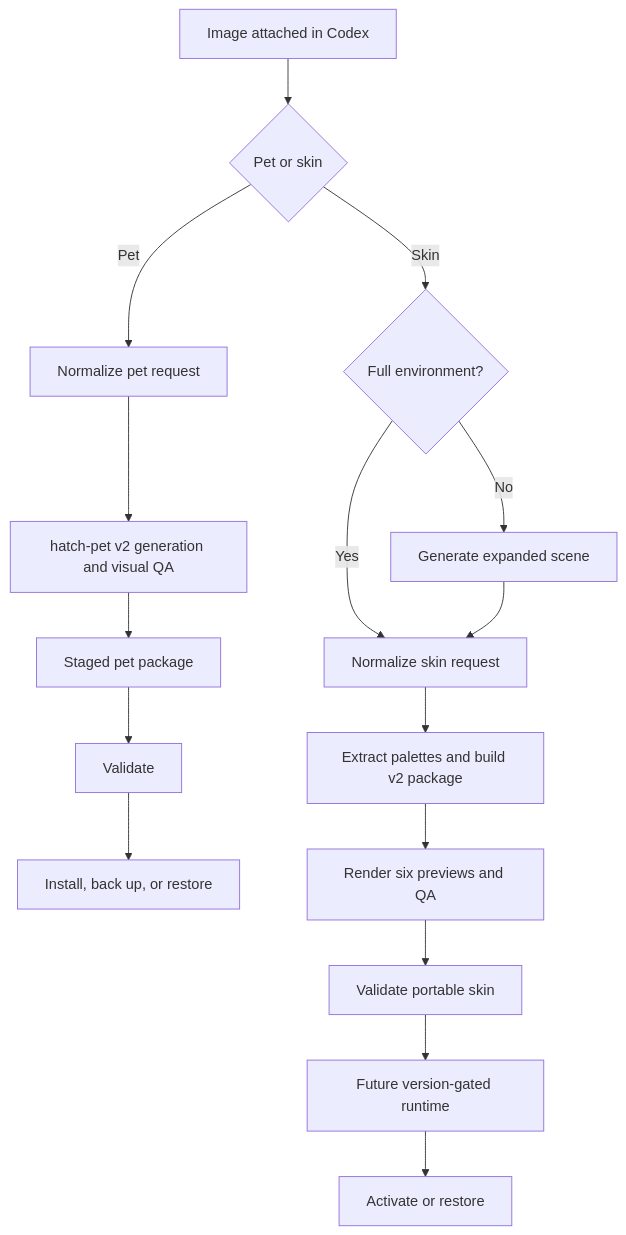
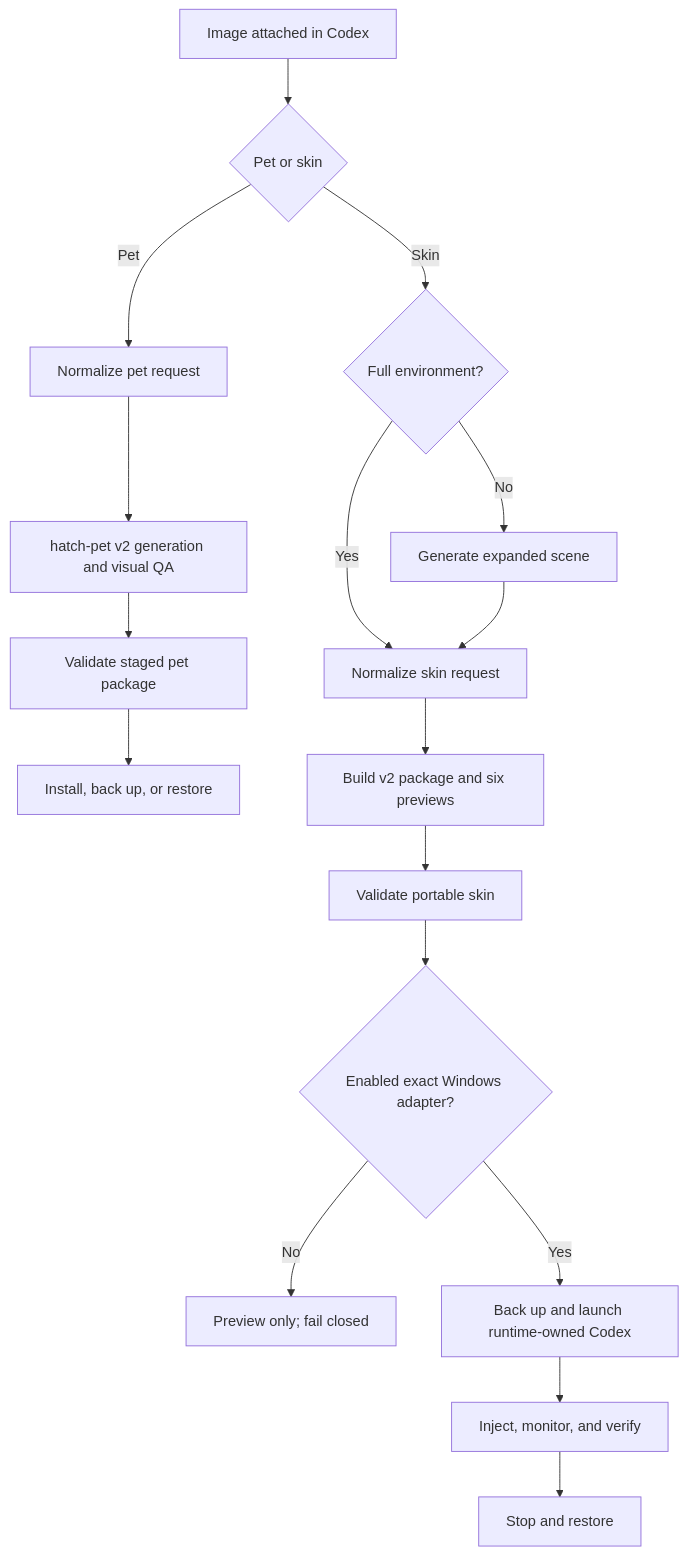
One commit to chromapaw/codex-chromapaw changed the diagram in docs/ARCHITECTURE.md. Above: the diagram before and after it, drawn with Mermaid. The commit also changed other lines of this file and 19 other files, not shown here.

Commit message:
feat: add reversible Windows skin runtime

````diff
--- a/docs/ARCHITECTURE.md
+++ b/docs/ARCHITECTURE.md
@@ -5,18 +5,19 @@
 ```mermaid
 flowchart TD
     A["Image attached in Codex"] --> B{"Pet or skin"}
     B -->|"Pet"| C["Normalize pet request"]
     C --> D["hatch-pet v2 generation and visual QA"]
-    D --> E["Staged pet package"]
-    E --> F["Validate"]
-    F --> G["Install, back up, or restore"]
-    B -->|"Skin"| H{"Full environment?"}
-    H -->|"No"| I["Generate expanded scene"]
-    H -->|"Yes"| J["Normalize skin request"]
-    I --> J
-    J --> K["Extract palettes and build v2 package"]
-    K --> L["Render six previews and QA"]
-    L --> M["Validate portable skin"]
-    M --> N["Future version-gated runtime"]
-    N --> O["Activate or restore"]
+    D --> E["Validate staged pet package"]
+    E --> F["Install, back up, or restore"]
+    B -->|"Skin"| G{"Full environment?"}
+    G -->|"No"| H["Generate expanded scene"]
+    G -->|"Yes"| I["Normalize skin request"]
+    H --> I
+    I --> J["Build v2 package and six previews"]
+    J --> K["Validate portable skin"]
+    K --> L{"Enabled exact Windows adapter?"}
+    L -->|"No"| M["Preview only; fail closed"]
+    L -->|"Yes"| N["Back up and launch runtime-owned Codex"]
+    N --> O["Inject, monitor, and verify"]
+    O --> P["Stop and restore"]
 ```
````
